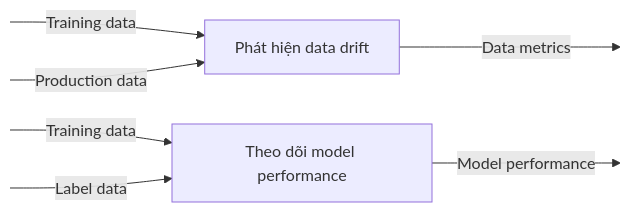
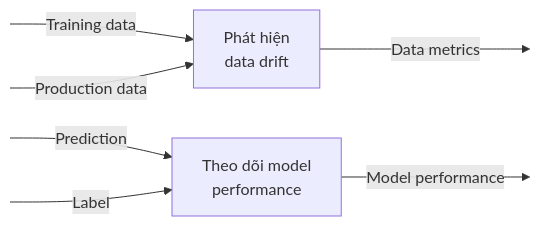
The first of 2 diagrams in docs/mlops-crash-course/monitoring/monitoring-service.md (MLOpsVN/courses.mlops.vn), drawn with Mermaid before and after one commit. The commit also changed other lines of this file and 1 other file, not shown here.

Commit message:
Refactor

````diff
--- a/docs/mlops-crash-course/monitoring/monitoring-service.md
+++ b/docs/mlops-crash-course/monitoring/monitoring-service.md
@@ -40,15 +40,15 @@
 ```mermaid
     graph LR
-        n00[ ]--Training data-->n1[Phát hiện data drift]--Data metrics-->n01[ ]
+        n00[ ]--Training data-->n1[Phát hiện<br>data drift]--Data metrics-->n01[ ]
         n02[ ]--Production data-->n1
 
-        n10[ ]--Training data-->n2[Theo dõi model performance]--Model performance-->n11[ ]
-        n12[ ]--Label data-->n2
+        n10[ ]--Prediction-->n2[Theo dõi model<br>performance]--Model performance-->n11[ ]
+        n12[ ]--Label-->n2
 
         style n00 height:0px;
         style n01 height:0px;
         style n02 height:0px;
         style n10 height:0px;
         style n11 height:0px;
         style n12 height:0px;
 ```
````
